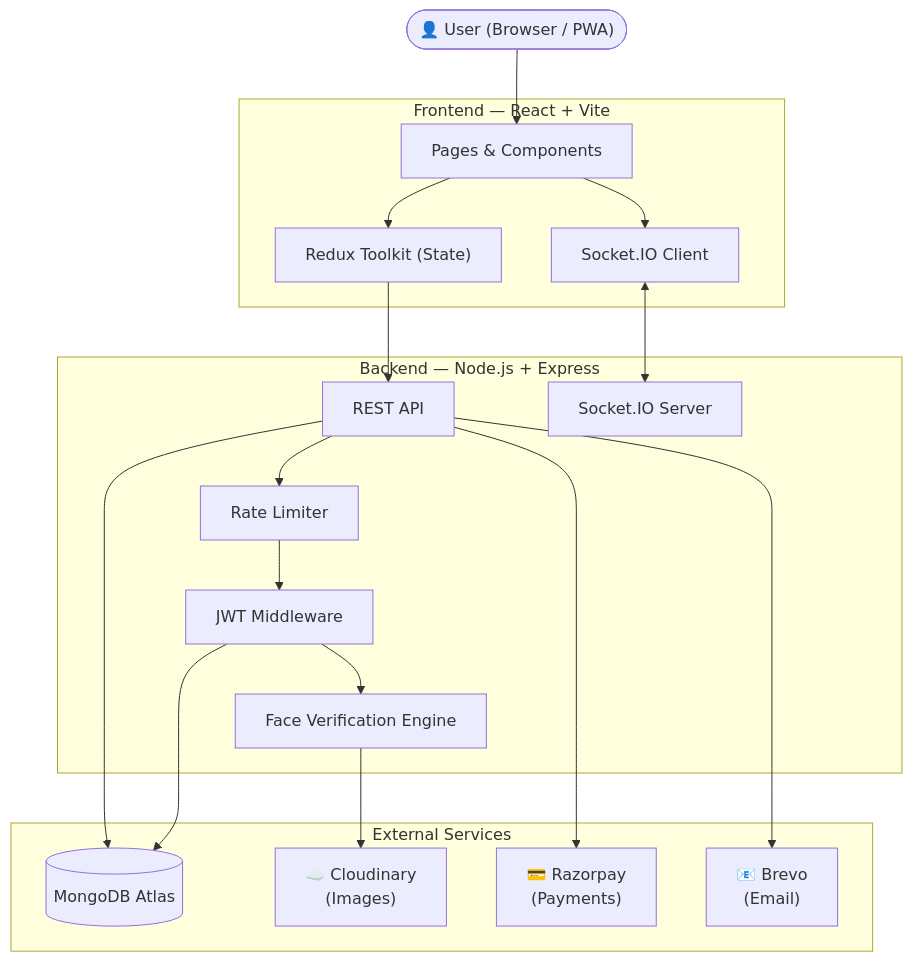
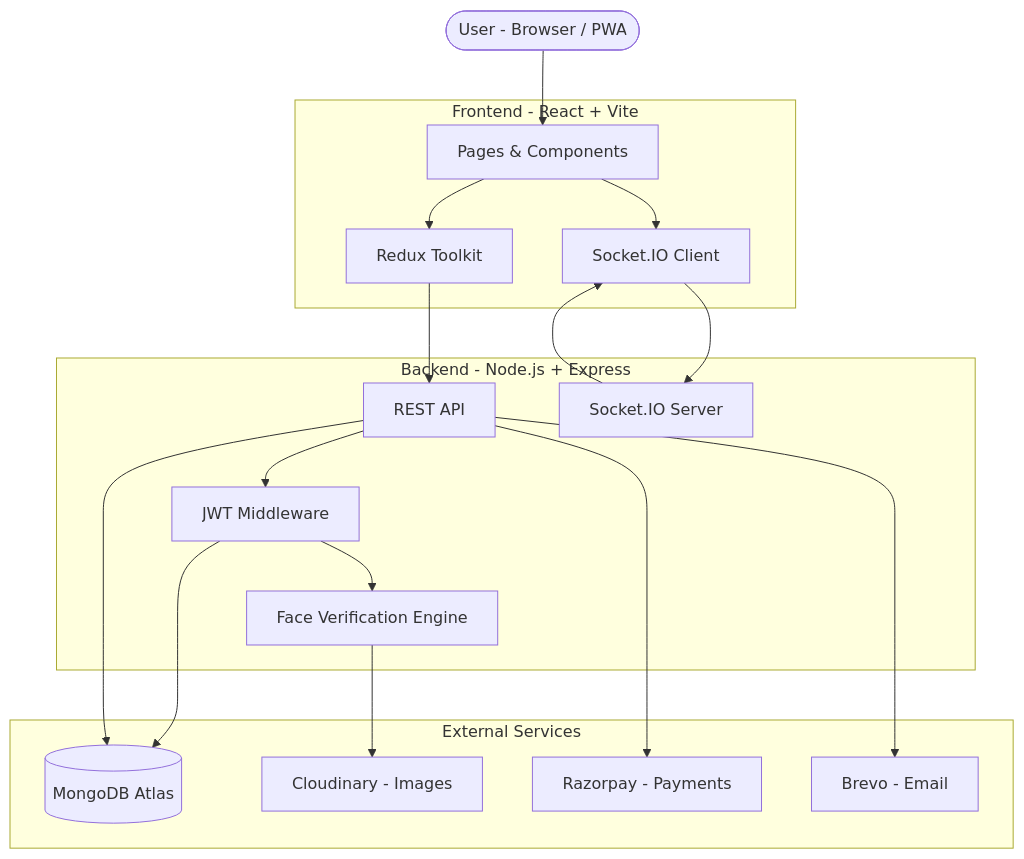
Before and after one commit to Aman-ydav/Roomezy: the diagram in README.md, drawn with Mermaid.

Commit message:
updated Architecture in md file

````diff
--- a/README.md
+++ b/README.md
@@ -50,38 +50,38 @@
 ```mermaid
 graph TD
-    User(["👤 User (Browser / PWA)"])
+    User(["User - Browser / PWA"])
 
-    subgraph Frontend ["Frontend — React + Vite"]
+    subgraph FE ["Frontend - React + Vite"]
         UI["Pages & Components"]
-        Redux["Redux Toolkit (State)"]
+        Redux["Redux Toolkit"]
         SocketClient["Socket.IO Client"]
     end
 
-    subgraph Backend ["Backend — Node.js + Express"]
+    subgraph BE ["Backend - Node.js + Express"]
         API["REST API"]
         SocketServer["Socket.IO Server"]
-        RateLimit["Rate Limiter"]
         Auth["JWT Middleware"]
         FaceMatch["Face Verification Engine"]
     end
 
-    subgraph Services ["External Services"]
+    subgraph EXT ["External Services"]
         MongoDB[("MongoDB Atlas")]
-        Cloudinary["☁️ Cloudinary\n(Images)"]
-        Razorpay["💳 Razorpay\n(Payments)"]
-        Brevo["📧 Brevo\n(Email)"]
+        Cloudinary["Cloudinary - Images"]
+        Razorpay["Razorpay - Payments"]
+        Brevo["Brevo - Email"]
     end
 
     User --> UI
     UI --> Redux
     UI --> SocketClient
     Redux --> API
-    SocketClient <--> SocketServer
-    API --> RateLimit --> Auth
+    SocketClient --> SocketServer
+    SocketServer --> SocketClient
+    API --> Auth
     Auth --> FaceMatch
     Auth --> MongoDB
     FaceMatch --> Cloudinary
     API --> Razorpay
     API --> Brevo
     API --> MongoDB
 ```
````
